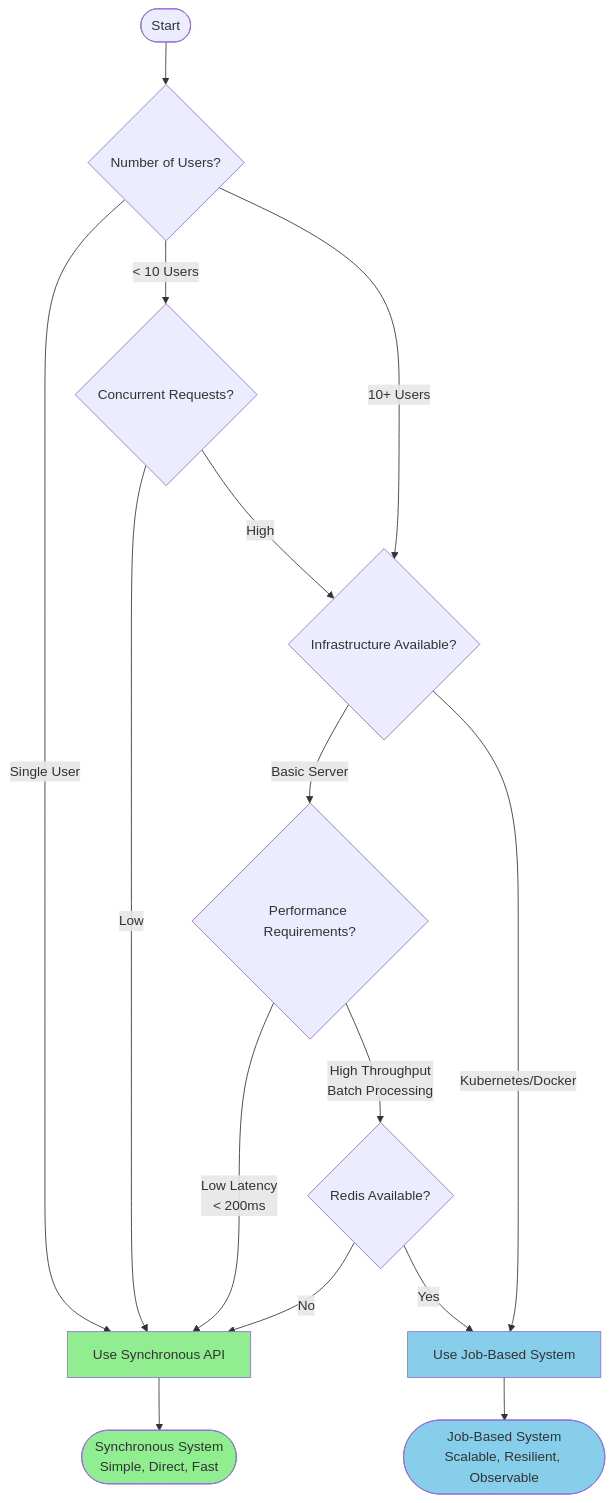
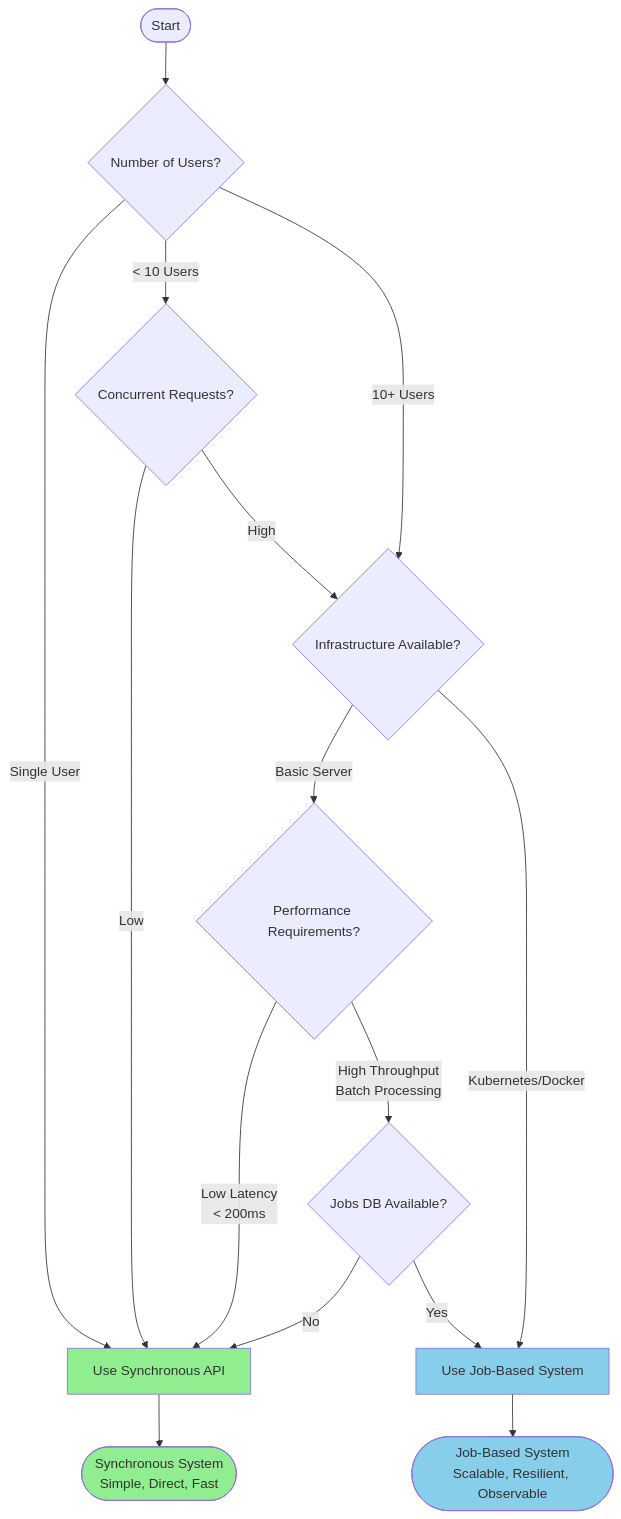
The fourth of 13 diagrams in Docs/Code_Documentation/Embeddings-Documentation.md (khuushichand/aiml-project), drawn with Mermaid before and after one commit. The commit also changed other lines of this file and 61 other files, not shown here.

````diff
--- a/Docs/Code_Documentation/Embeddings-Documentation.md
+++ b/Docs/Code_Documentation/Embeddings-Documentation.md
@@ -233,28 +233,28 @@
 ```mermaid
 flowchart TD
     START([Start]) --> Q1{Number of Users?}
 
     Q1 -->|Single User| SYNC[Use Synchronous API]
     Q1 -->|< 10 Users| Q2{Concurrent Requests?}
     Q1 -->|10+ Users| Q3{Infrastructure Available?}
 
     Q2 -->|Low| SYNC
     Q2 -->|High| Q3
 
     Q3 -->|Basic Server| Q4{Performance Requirements?}
     Q3 -->|Kubernetes/Docker| JOBS[Use Job-Based System]
 
     Q4 -->|Low Latency<br/>< 200ms| SYNC
-    Q4 -->|High Throughput<br/>Batch Processing| Q5{Redis Available?}
+    Q4 -->|High Throughput<br/>Batch Processing| Q5{Jobs DB Available?}
 
     Q5 -->|No| SYNC
     Q5 -->|Yes| JOBS
 
     SYNC --> END1([Synchronous System<br/>Simple, Direct, Fast])
     JOBS --> END2([Job-Based System<br/>Scalable, Resilient, Observable])
 
     style SYNC fill:#90EE90
     style JOBS fill:#87CEEB
     style END1 fill:#90EE90
     style END2 fill:#87CEEB
 ```
````
